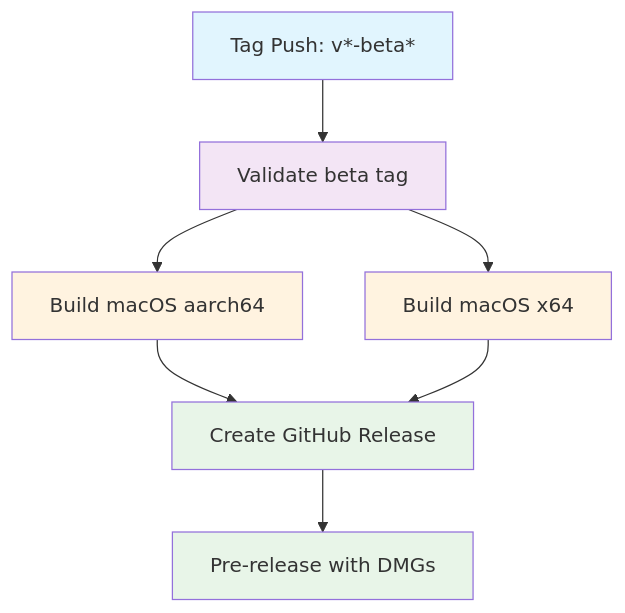
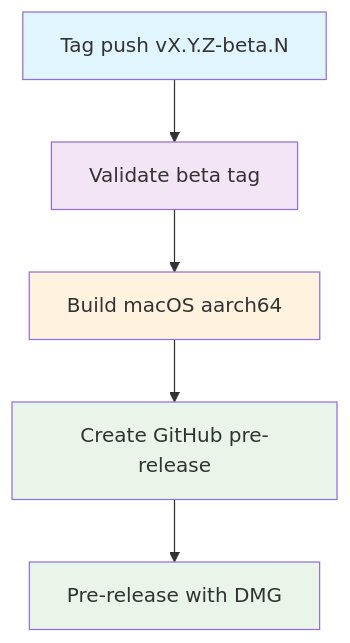
Before and after one commit to clawd-cook/poria: the diagram in spec/spec-process-cicd-pre-publish.md, drawn with Mermaid. The commit also changed other lines of this file and 24 other files, not shown here.

First line of the commit message:
让 CI 规格与 GitHub 表单跟上当前发布路径。

````diff
--- a/spec/spec-process-cicd-pre-publish.md
+++ b/spec/spec-process-cicd-pre-publish.md
@@ -18,16 +18,13 @@
 ```mermaid
 graph TD
-    A[Tag Push: v*-beta*] --> B[Validate beta tag]
+    A[Tag push vX.Y.Z-beta.N] --> B[Validate beta tag]
     B --> C[Build macOS aarch64]
-    B --> D[Build macOS x64]
-    C --> E[Create GitHub Release]
-    D --> E
-    E --> F[Pre-release with DMGs]
+    C --> D[Create GitHub pre-release]
+    D --> E[Pre-release with DMG]
 
     style A fill:#e1f5fe
-    style F fill:#e8f5e8
+    style E fill:#e8f5e8
     style B fill:#f3e5f5
     style C fill:#fff3e0
-    style D fill:#fff3e0
-    style E fill:#e8f5e8
+    style D fill:#e8f5e8
 ```
````
